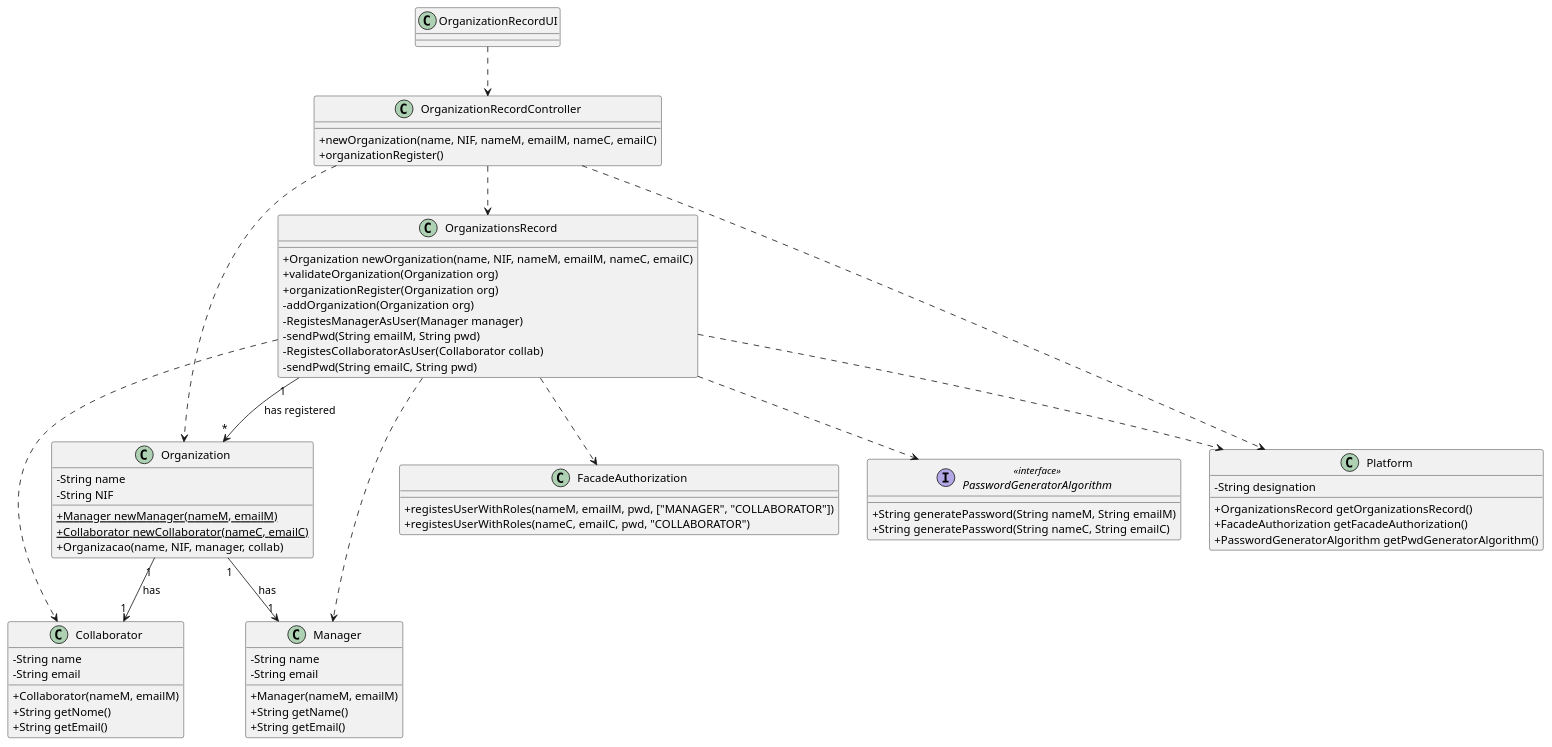
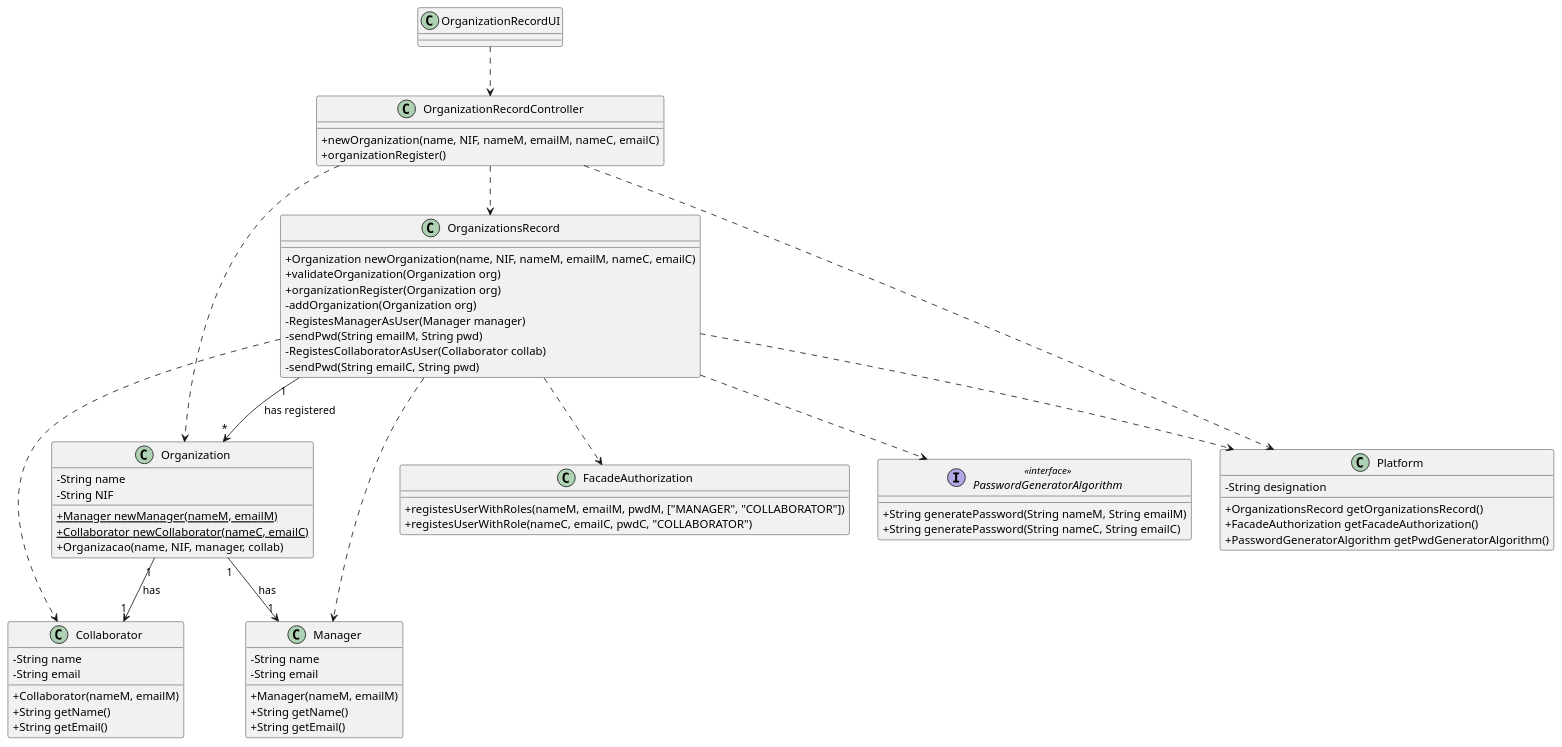
Before and after one commit to pedrolemos4/LAPR2: the diagram in docs/UC7 - Add New Organization/UC7_CD.puml, drawn with PlantUML. The commit also changed 13 other files, not shown here.

```diff
--- a/docs/UC7 - Add New Organization/UC7_CD.puml
+++ b/docs/UC7 - Add New Organization/UC7_CD.puml
@@ -1,78 +1,78 @@
 @startuml
 skinparam classAttributeIconSize 0
 
 class Collaborator {
   -String name
   -String email
   +Collaborator(nameM, emailM)
-  +String getNome()
+  +String getName()
   +String getEmail()
 }
 
 class Manager {
   -String name
   -String email
   +Manager(nameM, emailM)
   +String getName()
   +String getEmail()
 }
 
 class Organization {
   -String name
   -String NIF
   +{static} Manager newManager(nameM, emailM)
   +{static} Collaborator newCollaborator(nameC, emailC)
   +Organizacao(name, NIF, manager, collab)
 }
 
 class Platform {
   -String designation
   +OrganizationsRecord getOrganizationsRecord()
   +FacadeAuthorization getFacadeAuthorization()
   +PasswordGeneratorAlgorithm getPwdGeneratorAlgorithm()
 }
 
 class OrganizationsRecord {
   +Organization newOrganization(name, NIF, nameM, emailM, nameC, emailC)
   +validateOrganization(Organization org)
   +organizationRegister(Organization org)
   -addOrganization(Organization org)
   -RegistesManagerAsUser(Manager manager)
   -sendPwd(String emailM, String pwd)
   -RegistesCollaboratorAsUser(Collaborator collab)
   -sendPwd(String emailC, String pwd)
 }
 
 class FacadeAuthorization {
-  +registesUserWithRoles(nameM, emailM, pwd, ["MANAGER", "COLLABORATOR"])
-  +registesUserWithRoles(nameC, emailC, pwd, "COLLABORATOR")
+  +registesUserWithRoles(nameM, emailM, pwdM, ["MANAGER", "COLLABORATOR"])
+  +registesUserWithRole(nameC, emailC, pwdC, "COLLABORATOR")
 }
 
 interface PasswordGeneratorAlgorithm <<interface>>{
    +String generatePassword(String nameM, String emailM)
    +String generatePassword(String nameC, String emailC)
 }
 
 class OrganizationRecordController {
     +newOrganization(name, NIF, nameM, emailM, nameC, emailC)
     +organizationRegister()
 }
 
 class OrganizationRecordUI {
 }
 
 OrganizationRecordUI ..> OrganizationRecordController
 OrganizationRecordController ..> Platform
 OrganizationRecordController ..> OrganizationsRecord
 OrganizationRecordController ..> Organization
 
 OrganizationsRecord "1" --> "*" Organization : has registered
 OrganizationsRecord ..> Collaborator
 OrganizationsRecord ..> Manager
 OrganizationsRecord ..> Platform
 OrganizationsRecord ..> FacadeAuthorization
 OrganizationsRecord ..> PasswordGeneratorAlgorithm
 Organization "1" --> "1" Collaborator: has
 Organization "1" --> "1" Manager: has
 
 @enduml
```
